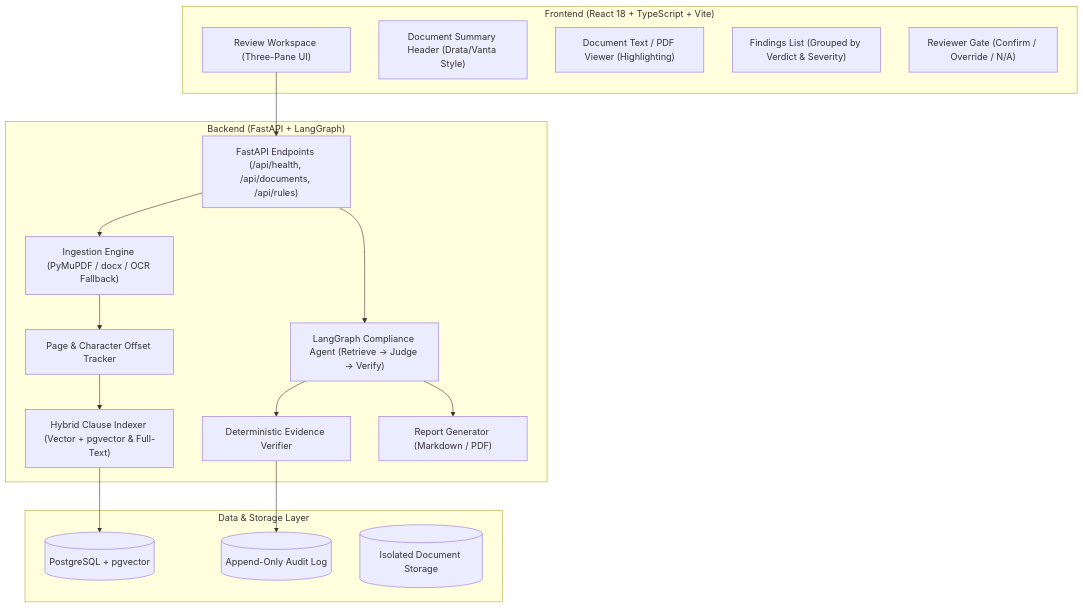
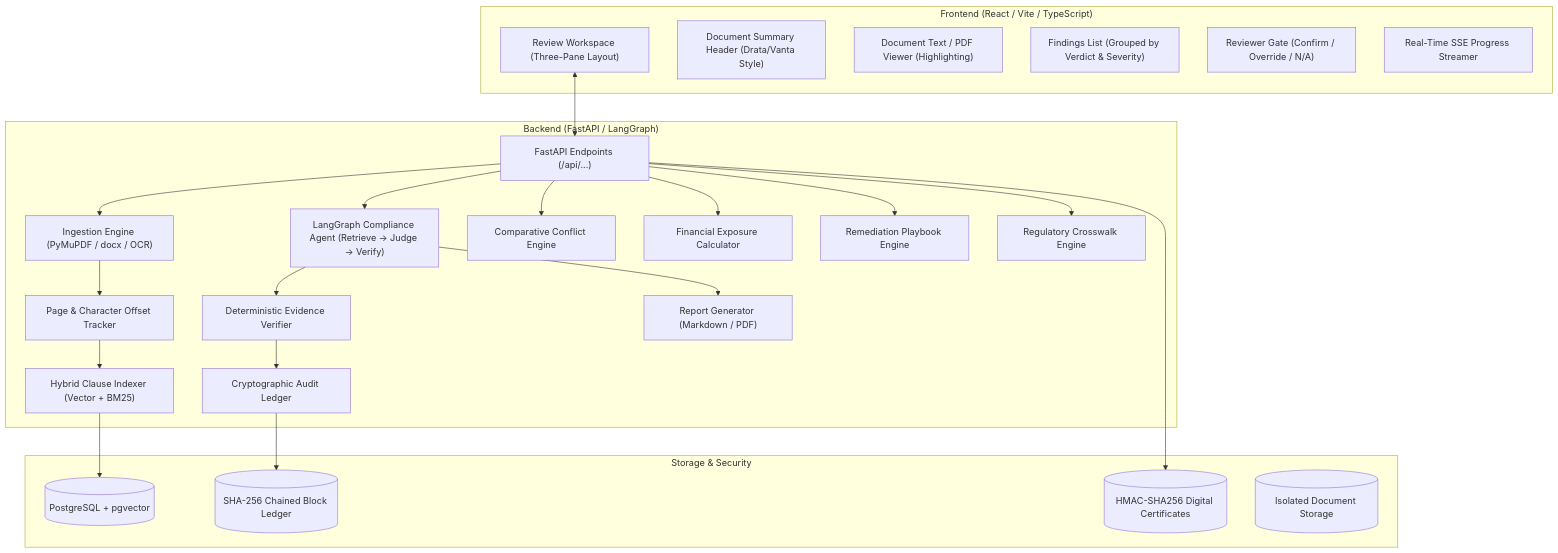
One commit to Giancyril/Assay changed the first of 2 diagrams in README.md. Above: the diagram before and after it, drawn with Mermaid. The commit also changed other lines of this file, not shown here.

Commit message:
docs: update README.md with comprehensive architecture, features, and benchmarks

````diff
--- a/README.md
+++ b/README.md
@@ -32,36 +74,49 @@
 ```mermaid
 graph TD
-    subgraph Client ["Frontend (React 18 + TypeScript + Vite)"]
-        UI["Review Workspace (Three-Pane UI)"]
+    subgraph Client ["Frontend (React / Vite / TypeScript)"]
+        UI["Review Workspace (Three-Pane Layout)"]
         Summary["Document Summary Header (Drata/Vanta Style)"]
         Viewer["Document Text / PDF Viewer (Highlighting)"]
         Findings["Findings List (Grouped by Verdict & Severity)"]
         ReviewGate["Reviewer Gate (Confirm / Override / N/A)"]
+        StreamView["Real-Time SSE Progress Streamer"]
     end
 
-    subgraph Server ["Backend (FastAPI + LangGraph)"]
-        API["FastAPI Endpoints (/api/health, /api/documents, /api/rules)"]
-        Ingestion["Ingestion Engine (PyMuPDF / docx / OCR Fallback)"]
+    subgraph Server ["Backend (FastAPI / LangGraph)"]
+        API["FastAPI Endpoints (/api/...)"]
+        Ingestion["Ingestion Engine (PyMuPDF / docx / OCR)"]
         OffsetTracker["Page & Character Offset Tracker"]
-        Indexer["Hybrid Clause Indexer (Vector + pgvector & Full-Text)"]
+        Indexer["Hybrid Clause Indexer (Vector + BM25)"]
         Agent["LangGraph Compliance Agent (Retrieve -> Judge -> Verify)"]
         Verifier["Deterministic Evidence Verifier"]
         Reporter["Report Generator (Markdown / PDF)"]
+        CompareEngine["Comparative Conflict Engine"]
+        RiskEngine["Financial Exposure Calculator"]
+        RemediationEngine["Remediation Playbook Engine"]
+        BenchmarkEngine["Regulatory Crosswalk Engine"]
+        LedgerService["Cryptographic Audit Ledger"]
     end
 
-    subgraph Storage ["Data & Storage Layer"]
+    subgraph Storage ["Storage & Security"]
         PG[(PostgreSQL + pgvector)]
-        AuditLog[(Append-Only Audit Log)]
+        Ledger[(SHA-256 Chained Block Ledger)]
+        Certificates[(HMAC-SHA256 Digital Certificates)]
         Disk[(Isolated Document Storage)]
     end
 
-    UI --> API
+    UI <--> API
     API --> Ingestion
     Ingestion --> OffsetTracker
     OffsetTracker --> Indexer
     Indexer --> PG
     API --> Agent
     Agent --> Verifier
-    Verifier --> AuditLog
+    Verifier --> LedgerService
+    LedgerService --> Ledger
     Agent --> Reporter
+    API --> CompareEngine
+    API --> RiskEngine
+    API --> RemediationEngine
+    API --> BenchmarkEngine
+    API --> Certificates
 ```
````
